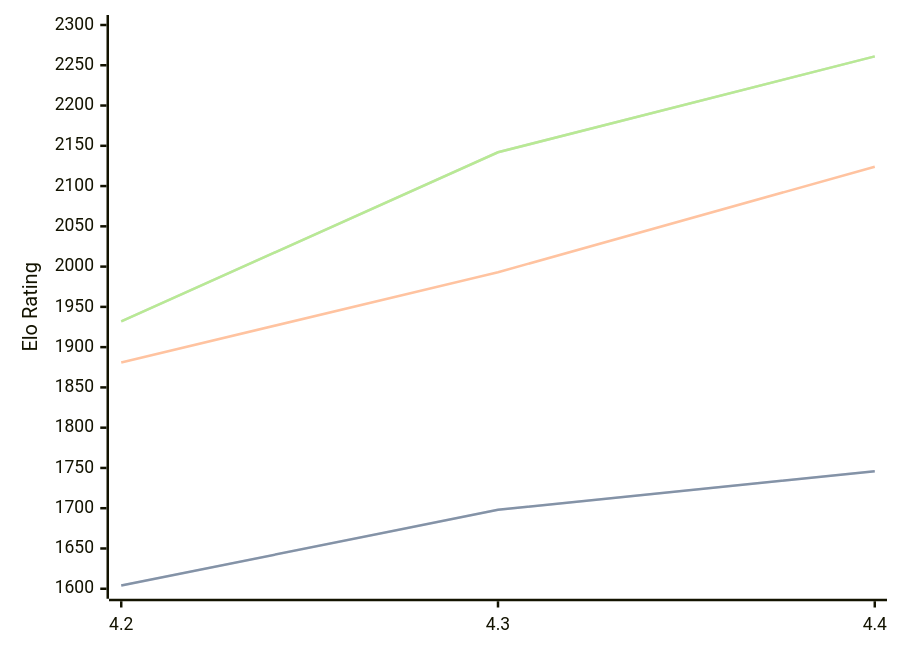
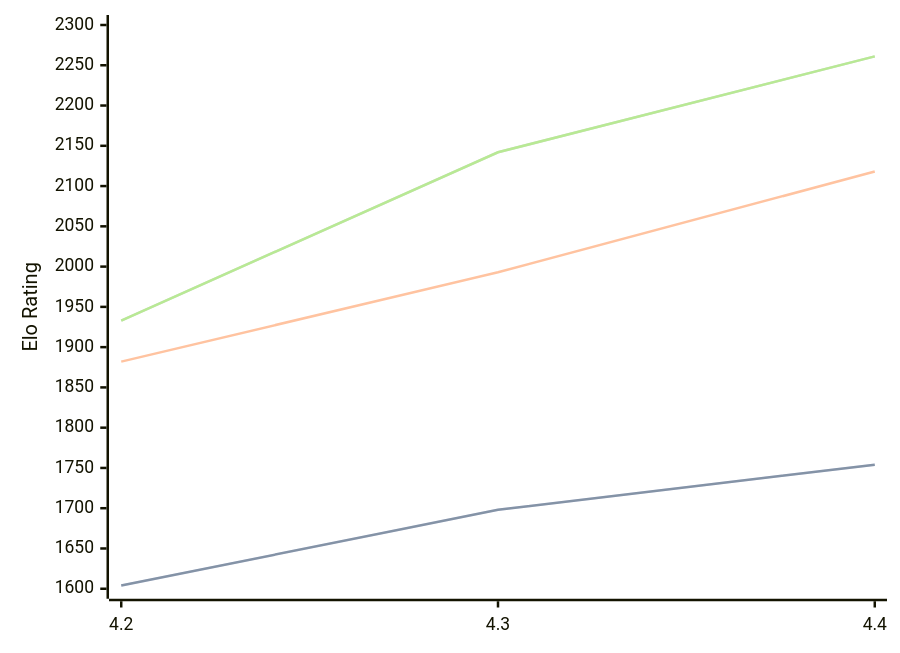
Before and after one commit to computer-chess-index/cci: the diagram in engines/Radiance.md, drawn with Mermaid. The commit also changed other lines of this file, not shown here.

Commit message:
Update CCI Ratings (ELO VLTC) - 2026-05-15

````diff
--- a/engines/Radiance.md
+++ b/engines/Radiance.md
@@ -36,11 +36,11 @@
 ```mermaid
 %%{init: {"theme":"base","themeVariables":{"seriesColors:['#a3a3a3','#222221','#faa371']}}}%%
 xychart-beta
   x-axis ["4.2", "4.3", "4.4"]
   y-axis "Elo Rating" 1600 --> 2300
-  line "STC (8.0+0.08s)" [1604, 1698, 1746]
-  line "STC (8.0+0.08s)" [1604, 1698, 1746]
-  line "LTC (60.0+0.60s)" [1881, 1993, 2124]
-  line "VLTC (2m24s+1.12s)" [1932, 2142, 2261]
-  line "VLTC (2m24s+1.12s)" [1932, 2142, 2261]
+  line "STC (8.0+0.08s)" [1604, 1698, 1754]
+  line "STC (8.0+0.08s)" [1604, 1698, 1754]
+  line "LTC (60.0+0.60s)" [1882, 1993, 2118]
+  line "VLTC (2m24s+1.12s)" [1933, 2142, 2261]
+  line "VLTC (2m24s+1.12s)" [1933, 2142, 2261]
 ```
````
